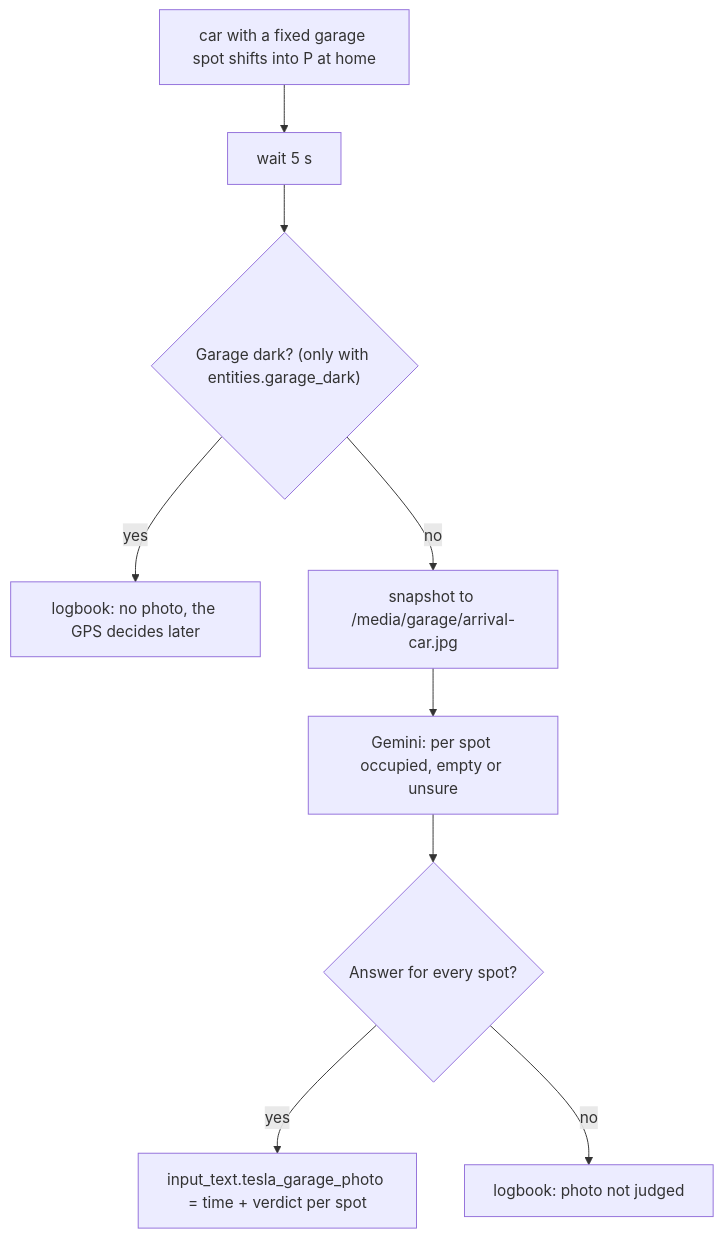
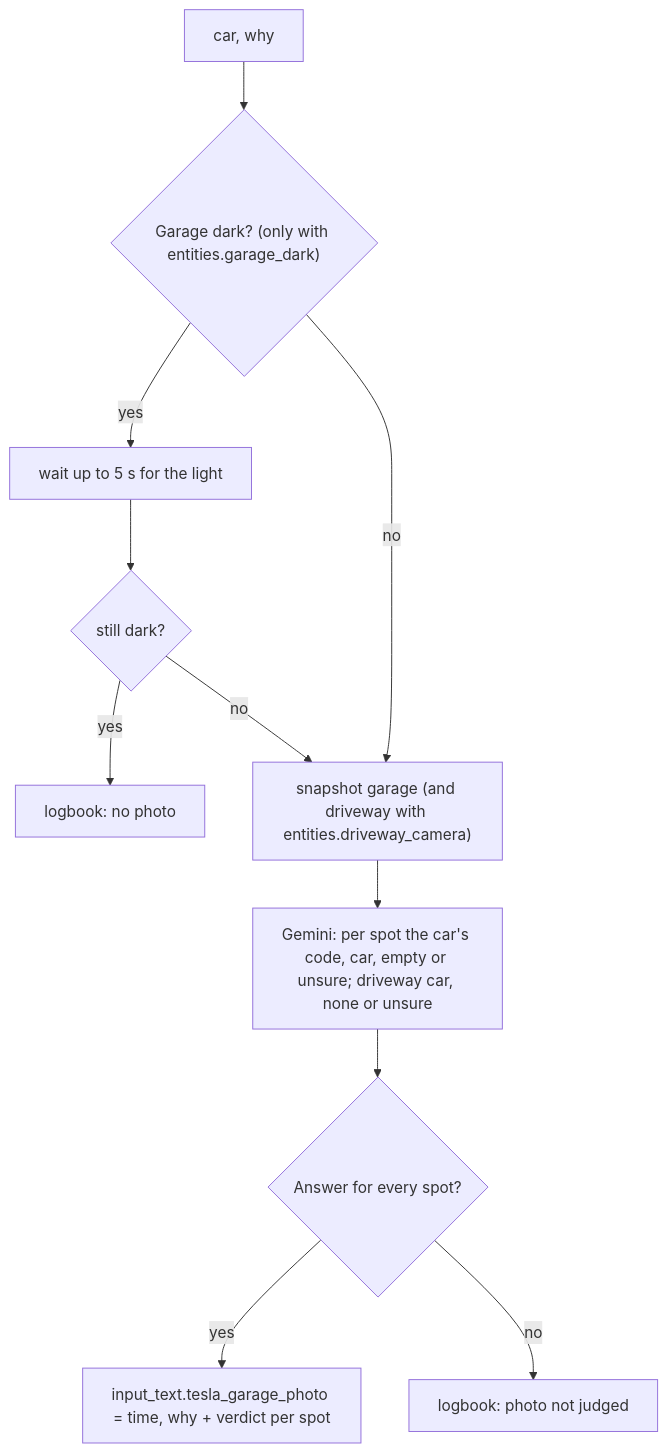
The third of 3 diagrams in modules/tesla-driveway-lock/LOGIC.md (smwlms/ha-kit), drawn with Mermaid before and after one commit. The commit also changed other lines of this file and 10 other files, not shown here.

First line of the commit message:
fix(tesla-driveway-lock): decide by which car is in the garage, lock when the gate closes (#6)

````diff
--- a/modules/tesla-driveway-lock/LOGIC.md
+++ b/modules/tesla-driveway-lock/LOGIC.md
@@ -44,11 +64,12 @@
 ```mermaid
 flowchart TD
-  P["car with a fixed garage spot shifts into P at home"] --> W["wait 5 s"]
-  W --> D{"Garage dark? (only with entities.garage_dark)"}
-  D -- yes --> L["logbook: no photo, the GPS decides later"]
-  D -- no --> S["snapshot to /media/garage/arrival-car.jpg"]
-  S --> AI["Gemini: per spot occupied, empty or unsure"]
+  P["car, why"] --> D{"Garage dark? (only with entities.garage_dark)"}
+  D -- yes --> W["wait up to 5 s for the light"] --> D2{"still dark?"}
+  D2 -- yes --> L["logbook: no photo"]
+  D2 -- no --> S
+  D -- no --> S["snapshot garage (and driveway with entities.driveway_camera)"]
+  S --> AI["Gemini: per spot the car's code, car, empty or unsure; driveway car, none or unsure"]
   AI --> R{"Answer for every spot?"}
-  R -- yes --> T["input_text.tesla_garage_photo = time + verdict per spot"]
+  R -- yes --> T["input_text.tesla_garage_photo = time, why + verdict per spot"]
   R -- no --> L2["logbook: photo not judged"]
 ```
````
